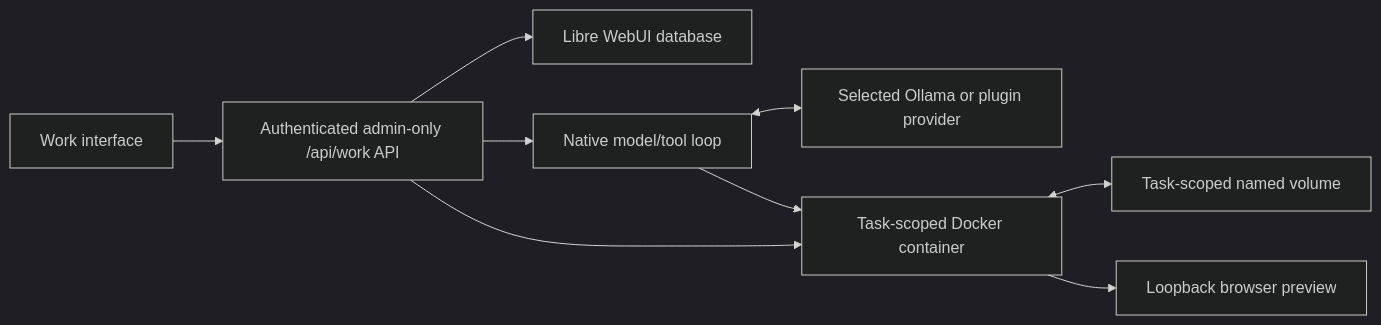
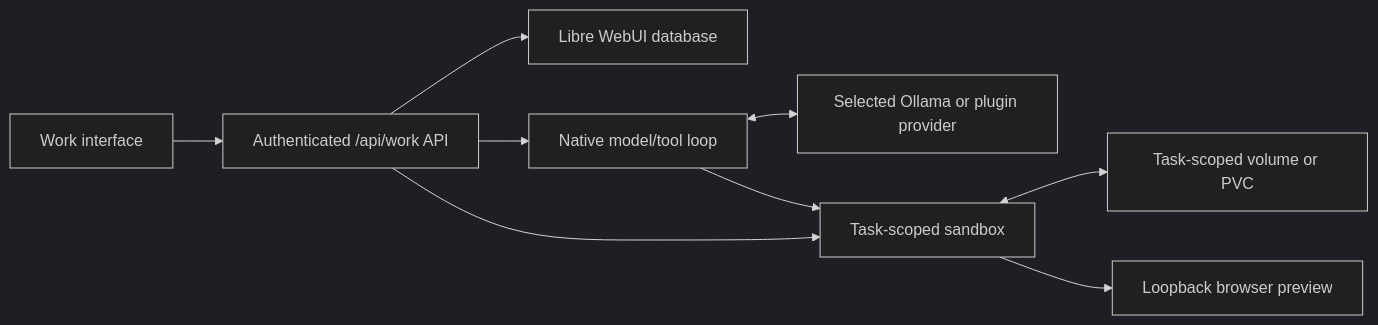
The diagram in docs/33-WORKSPACES.md (libre-webui/libre-webui), drawn with Mermaid (dark theme) before and after one commit. The commit also changed other lines of this file and 131 other files, not shown here.

````diff
--- a/docs/33-WORKSPACES.md
+++ b/docs/33-WORKSPACES.md
@@ -80,20 +83,20 @@
 ```mermaid
 flowchart LR
     UI["Work interface"]
-    API["Authenticated admin-only /api/work API"]
+    API["Authenticated /api/work API"]
     DB["Libre WebUI database"]
     AGENT["Native model/tool loop"]
     PROVIDER["Selected Ollama or plugin provider"]
-    CONTAINER["Task-scoped Docker container"]
-    VOLUME["Task-scoped named volume"]
+    CONTAINER["Task-scoped sandbox"]
+    VOLUME["Task-scoped volume or PVC"]
     PREVIEW["Loopback browser preview"]
 
     UI --> API
     API --> DB
     API --> AGENT
     AGENT <--> PROVIDER
     AGENT --> CONTAINER
     API --> CONTAINER
     CONTAINER <--> VOLUME
     CONTAINER --> PREVIEW
 ```
````
